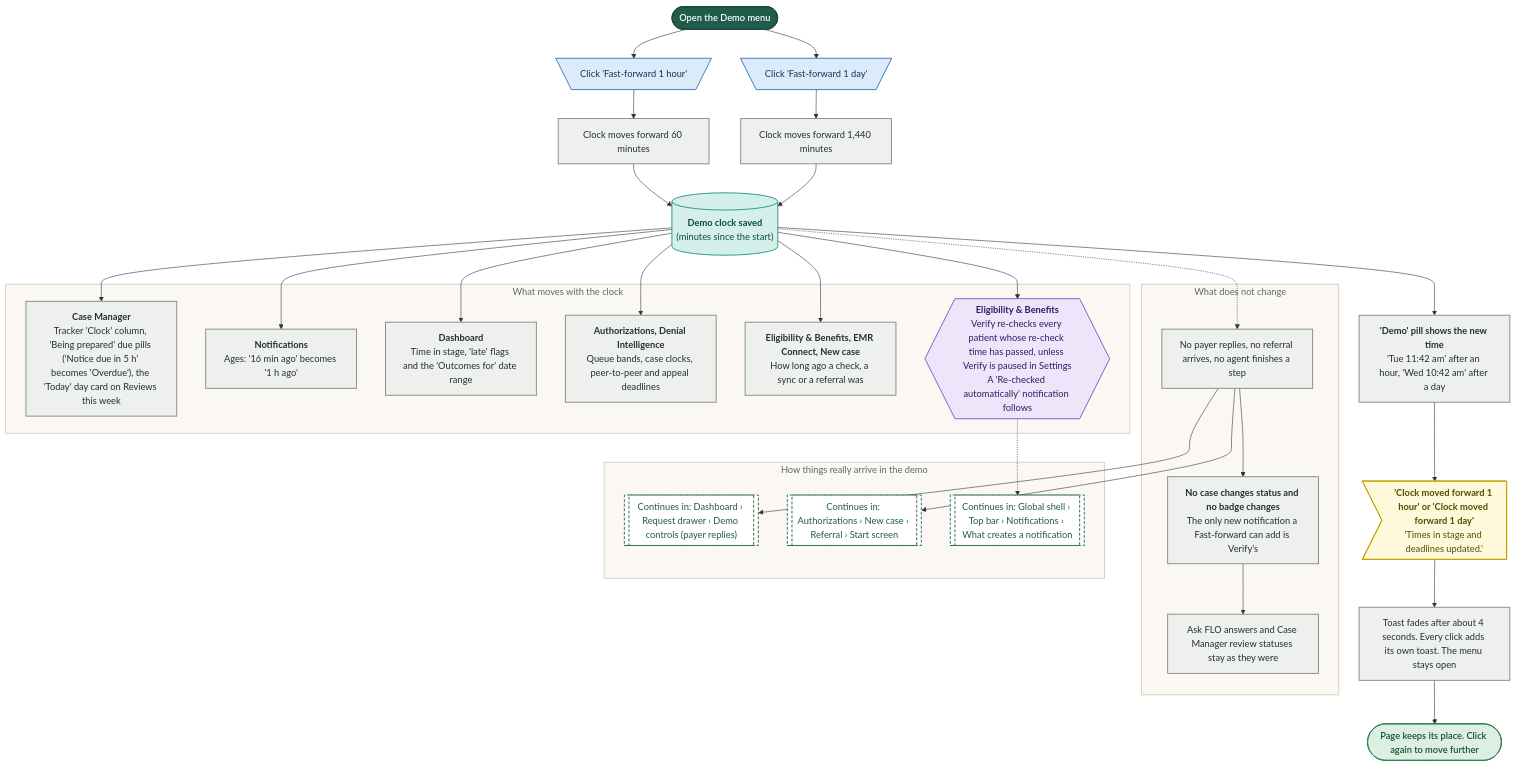
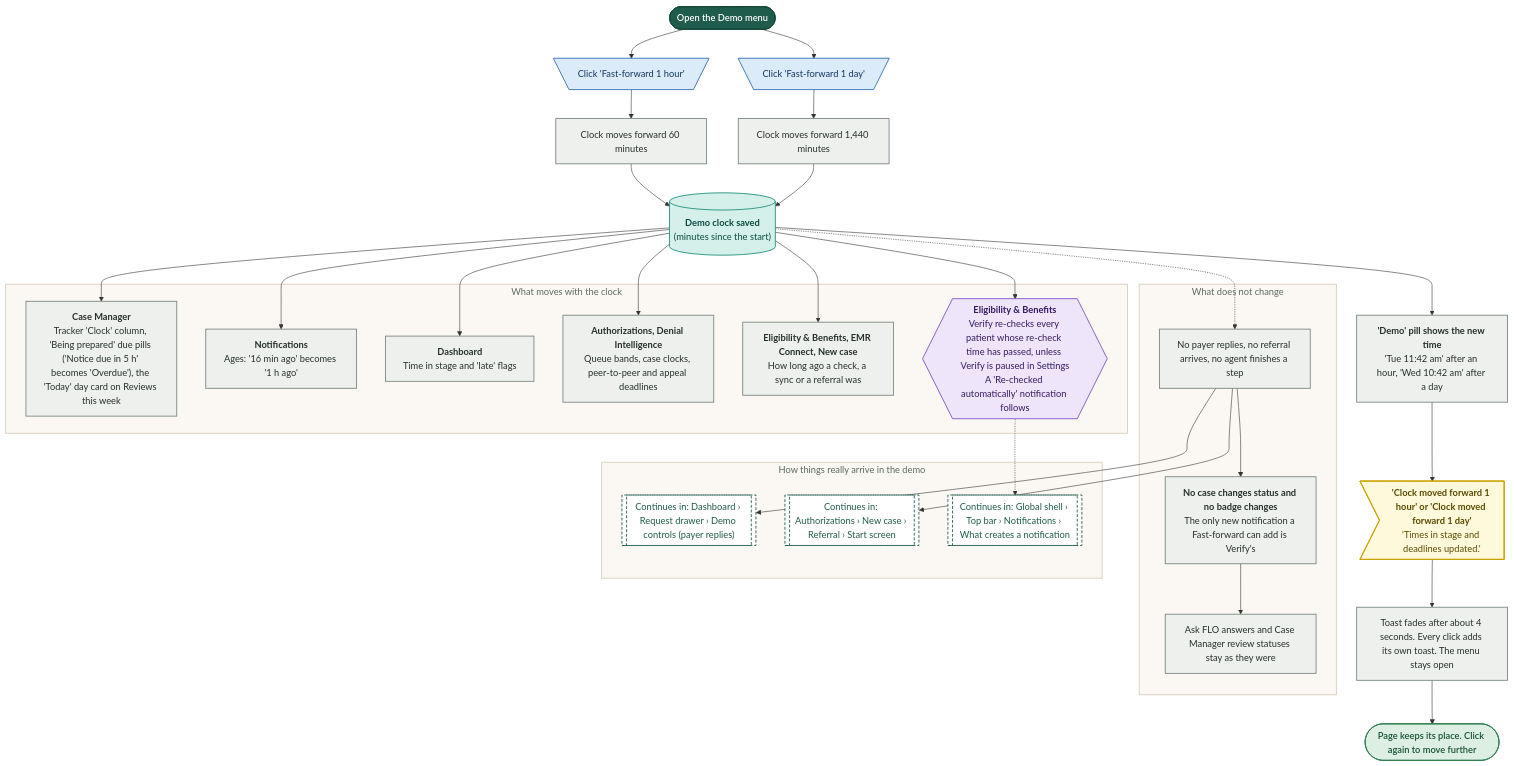
The diagram in demos/prior-auth-demo/workflows/out/mmd/01-global-shell/41-demo-fast-forward.mmd (Shrav143/psyfloapp), drawn with Mermaid before and after one commit. The commit also changed 36 other files, not shown here.

First line of the commit message:
docs: diagrams and docs follow the removal of stage help, payer performance and the date range (242 diagrams)

```diff
--- a/demos/prior-auth-demo/workflows/out/mmd/01-global-shell/41-demo-fast-forward.mmd
+++ b/demos/prior-auth-demo/workflows/out/mmd/01-global-shell/41-demo-fast-forward.mmd
@@ -1,67 +1,67 @@
 %%{init: {"theme":"base","themeVariables":{"fontFamily":"'DM Sans', 'Segoe UI', system-ui, sans-serif","fontSize":"15px","lineColor":"#5B6B63","primaryTextColor":"#1C2B25","clusterBkg":"#FBF8F3","clusterBorder":"#D9CDBB","edgeLabelBackground":"#FFFFFF"},"flowchart":{"curve":"basis","nodeSpacing":36,"rankSpacing":48,"padding":12,"htmlLabels":true,"useMaxWidth":false,"wrappingWidth":230}} }%%
 flowchart TD
   classDef k_start fill:#1F5C4B,stroke:#174638,color:#FFFFFF,stroke-width:1.5px,font-weight:600
   classDef k_end fill:#DDEFE3,stroke:#2E7D4F,color:#14502F,stroke-width:1.5px,font-weight:600
   classDef k_endx fill:#FBE3E0,stroke:#C0392B,color:#7A1F16,stroke-width:1.5px,font-weight:600
   classDef k_screen fill:#FFFDF8,stroke:#1F5C4B,color:#1C2B25,stroke-width:2px
   classDef k_overlay fill:#F1F7F3,stroke:#1F5C4B,color:#1C2B25,stroke-width:2px,stroke-dasharray:5 3
   classDef k_click fill:#DCEBFA,stroke:#2F6DB5,color:#12365F,stroke-width:1.5px
   classDef k_input fill:#E4E7FF,stroke:#4C5FD5,color:#1D2670,stroke-width:1.5px
   classDef k_process fill:#EEF0EE,stroke:#7A857F,color:#26302B,stroke-width:1.5px
   classDef k_agent fill:#EEE5FA,stroke:#7A4FC2,color:#341A63,stroke-width:1.5px
   classDef k_decision fill:#FFF0CC,stroke:#D9962B,color:#5C3B00,stroke-width:1.5px
   classDef k_store fill:#D5F0EA,stroke:#1C8E7B,color:#0B4A3F,stroke-width:1.5px
   classDef k_doc fill:#F6E9DC,stroke:#B07A4C,color:#4A2E14,stroke-width:1.5px
   classDef k_ext fill:#FFE6D2,stroke:#E07B39,color:#6B2F06,stroke-width:1.5px
   classDef k_wait fill:#E4E8EE,stroke:#6B7C93,color:#26303D,stroke-width:1.5px
   classDef k_toast fill:#FFF9DB,stroke:#C9A400,color:#5A4A00,stroke-width:1.5px
   classDef k_goto fill:#FFFFFF,stroke:#1F5C4B,color:#1F5C4B,stroke-width:1.5px,stroke-dasharray:5 3
   s1@{ shape: stadium, label: "Open the Demo menu" }
   c1@{ shape: trap-t, label: "Click 'Fast-forward 1 hour'" }
   c2@{ shape: trap-t, label: "Click 'Fast-forward 1 day'" }
   p1@{ shape: rect, label: "Clock moves forward 60 minutes" }
   p2@{ shape: rect, label: "Clock moves forward 1,440 minutes" }
   st1@{ shape: cyl, label: "<b>Demo clock saved</b><br/>(minutes since the start)" }
   p3@{ shape: rect, label: "<b>'Demo' pill shows the new time</b><br/>'Tue 11:42 am' after an hour, 'Wed 10:42 am' after a day" }
   t1@{ shape: odd, label: "<b>'Clock moved forward 1 hour' or 'Clock moved forward 1 day'</b><br/>'Times in stage and deadlines updated.'" }
   p4@{ shape: rect, label: "Toast fades after about 4 seconds. Every click adds its own toast. The menu stays open" }
   subgraph gMove ["What moves with the clock"]
   m1@{ shape: rect, label: "<b>Case Manager</b><br/>Tracker 'Clock' column, 'Being prepared' due pills ('Notice due in 5 h' becomes 'Overdue'), the 'Today' day card on Reviews this week" }
   m2@{ shape: rect, label: "<b>Notifications</b><br/>Ages: '16 min ago' becomes '1 h ago'" }
-  m3@{ shape: rect, label: "<b>Dashboard</b><br/>Time in stage, 'late' flags and the 'Outcomes for' date range" }
+  m3@{ shape: rect, label: "<b>Dashboard</b><br/>Time in stage and 'late' flags" }
   m4@{ shape: rect, label: "<b>Authorizations, Denial Intelligence</b><br/>Queue bands, case clocks, peer-to-peer and appeal deadlines" }
   m5@{ shape: rect, label: "<b>Eligibility & Benefits, EMR Connect, New case</b><br/>How long ago a check, a sync or a referral was" }
   m6@{ shape: hex, label: "<b>Eligibility & Benefits</b><br/>Verify re-checks every patient whose re-check time has passed, unless Verify is paused in Settings<br/>A 'Re-checked automatically' notification follows" }
   end
   subgraph gStill ["What does not change"]
   s2@{ shape: rect, label: "No payer replies, no referral arrives, no agent finishes a step" }
   s3@{ shape: rect, label: "<b>No case changes status and no badge changes</b><br/>The only new notification a Fast-forward can add is Verify's" }
   s4@{ shape: rect, label: "Ask FLO answers and Case Manager review statuses stay as they were" }
   end
   subgraph gHow ["How things really arrive in the demo"]
   g1@{ shape: subproc, label: "Continues in: Dashboard › Request drawer › Demo controls (payer replies)" }
   g2@{ shape: subproc, label: "Continues in: Authorizations › New case › Referral › Start screen" }
   g3@{ shape: subproc, label: "Continues in: Global shell › Top bar › Notifications › What creates a notification" }
   end
   e1@{ shape: stadium, label: "Page keeps its place. Click again to move further" }
   s1 --> c1 & c2
   c1 --> p1 --> st1
   c2 --> p2 --> st1
   st1 --> p3 --> t1 --> p4 --> e1
   st1 --> m1 & m2 & m3 & m4 & m5 & m6
   st1 -.-> s2
   s2 --> s3 --> s4
   s2 --> g1
   s2 --> g2
   m6 -.-> g3
   class s1 k_start
   class c1,c2 k_click
   class p1,p2,p3,p4,m1,m2,m3,m4,m5,s2,s3,s4 k_process
   class st1 k_store
   class t1 k_toast
   class m6 k_agent
   class g1,g2,g3 k_goto
   class e1 k_end
   style gMove fill:#FBF8F3,stroke:#D9CDBB,stroke-width:1.5px,color:#5B6B63
   style gStill fill:#FBF8F3,stroke:#D9CDBB,stroke-width:1.5px,color:#5B6B63
   style gHow fill:#FBF8F3,stroke:#D9CDBB,stroke-width:1.5px,color:#5B6B63
```
